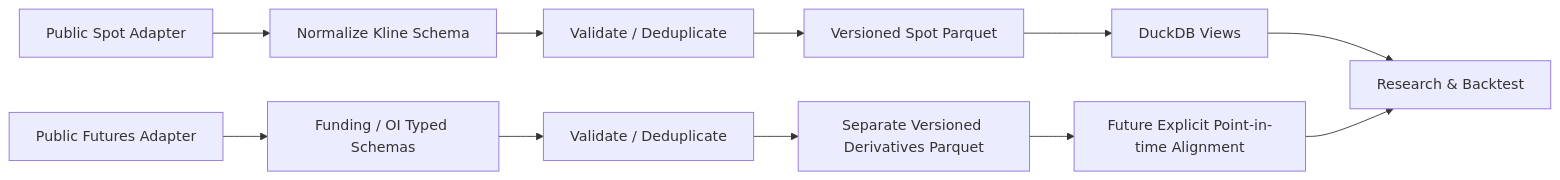
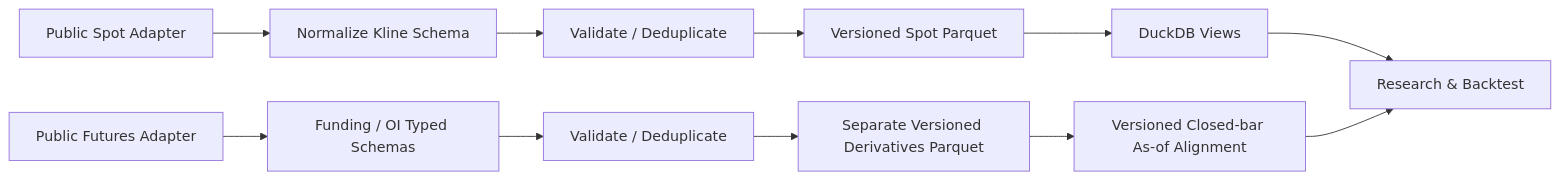
One commit to yanzhang404/QuantOS changed the second of 6 diagrams in ARCHITECTURE.md. Above: the diagram before and after it, drawn with Mermaid. The commit also changed other lines of this file and 12 other files, not shown here.

````diff
--- a/ARCHITECTURE.md
+++ b/ARCHITECTURE.md
@@ -66,13 +66,13 @@
 ```mermaid
 flowchart LR
     E["Public Spot Adapter"] --> N["Normalize Kline Schema"]
     N --> V["Validate / Deduplicate"]
     F["Public Futures Adapter"] --> DS["Funding / OI Typed Schemas"]
     DS --> V2["Validate / Deduplicate"]
     V --> P["Versioned Spot Parquet"]
     V2 --> P2["Separate Versioned Derivatives Parquet"]
     P --> Q["DuckDB Views"]
-    P2 --> A["Future Explicit Point-in-time Alignment"]
+    P2 --> A["Versioned Closed-bar As-of Alignment"]
     Q --> R["Research & Backtest"]
     A --> R
 ```
````
